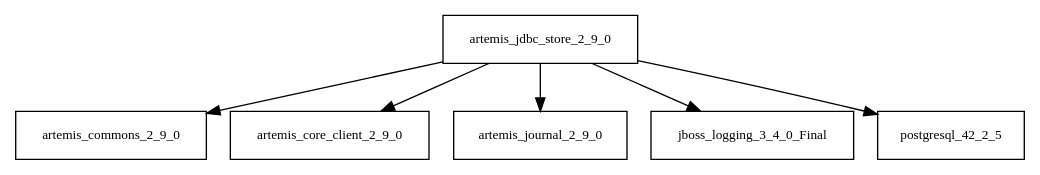
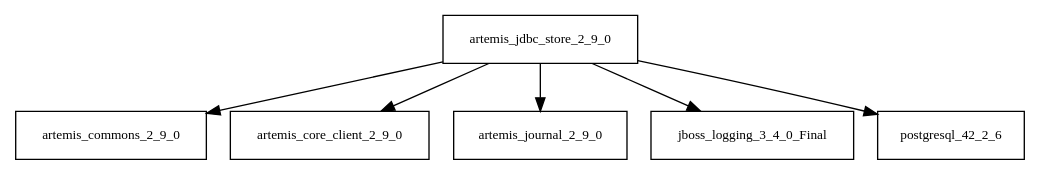
The diagram in tattleTaleReport/graphviz/artemis-jdbc-store-2.9.0.jar/artemis-jdbc-store-2.9.0.jar.dot (Hack23/cia), drawn with Graphviz before and after one commit. The commit also changed 4856 other files, not shown here.

```diff
--- a/tattleTaleReport/graphviz/artemis-jdbc-store-2.9.0.jar/artemis-jdbc-store-2.9.0.jar.dot
+++ b/tattleTaleReport/graphviz/artemis-jdbc-store-2.9.0.jar/artemis-jdbc-store-2.9.0.jar.dot
@@ -1,8 +1,8 @@
 digraph artemis_jdbc_store_2_9_0_dependencies {
   node [shape = box, fontsize=10.0];
   artemis_jdbc_store_2_9_0 -> artemis_commons_2_9_0;
   artemis_jdbc_store_2_9_0 -> artemis_core_client_2_9_0;
   artemis_jdbc_store_2_9_0 -> artemis_journal_2_9_0;
   artemis_jdbc_store_2_9_0 -> jboss_logging_3_4_0_Final;
-  artemis_jdbc_store_2_9_0 -> postgresql_42_2_5;
+  artemis_jdbc_store_2_9_0 -> postgresql_42_2_6;
 }
```
